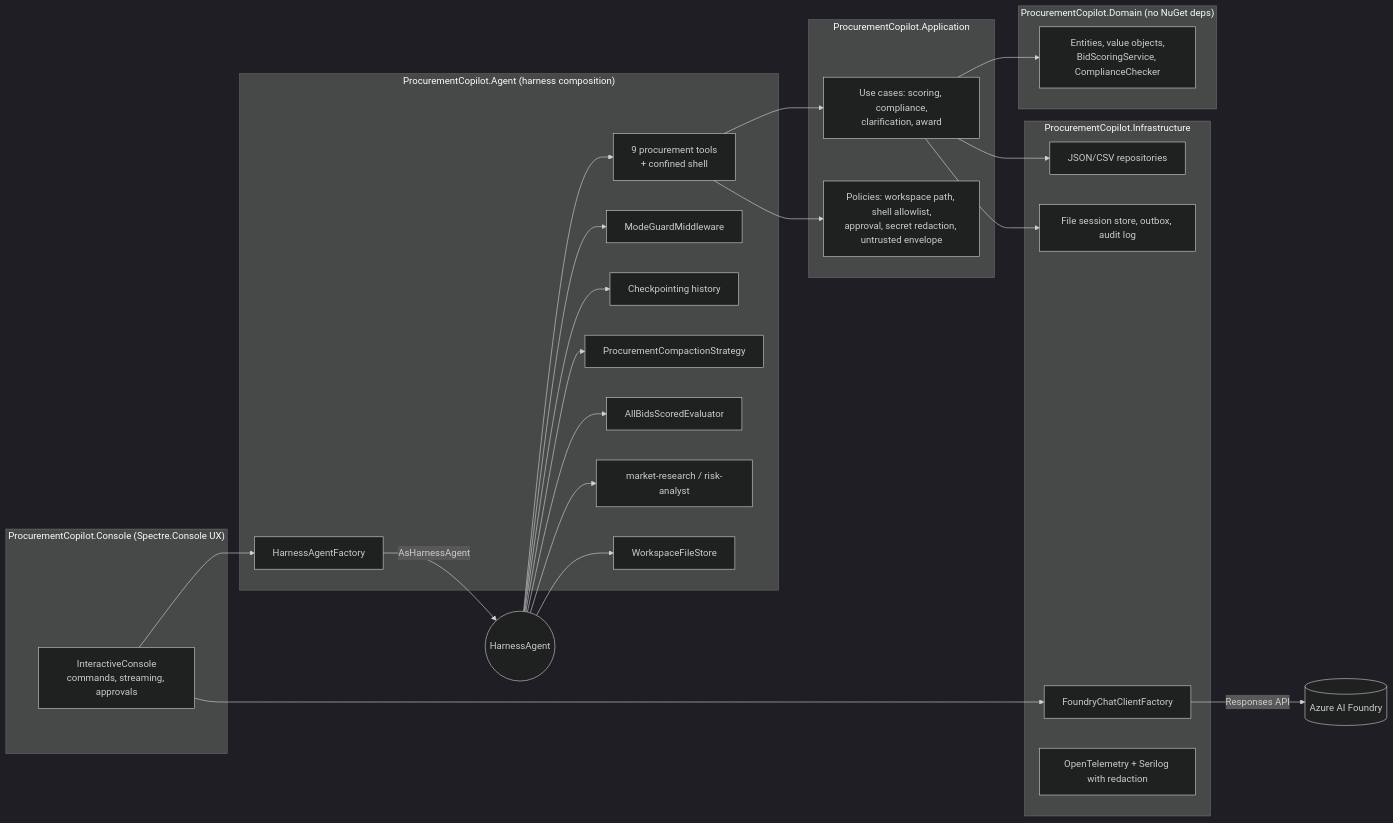
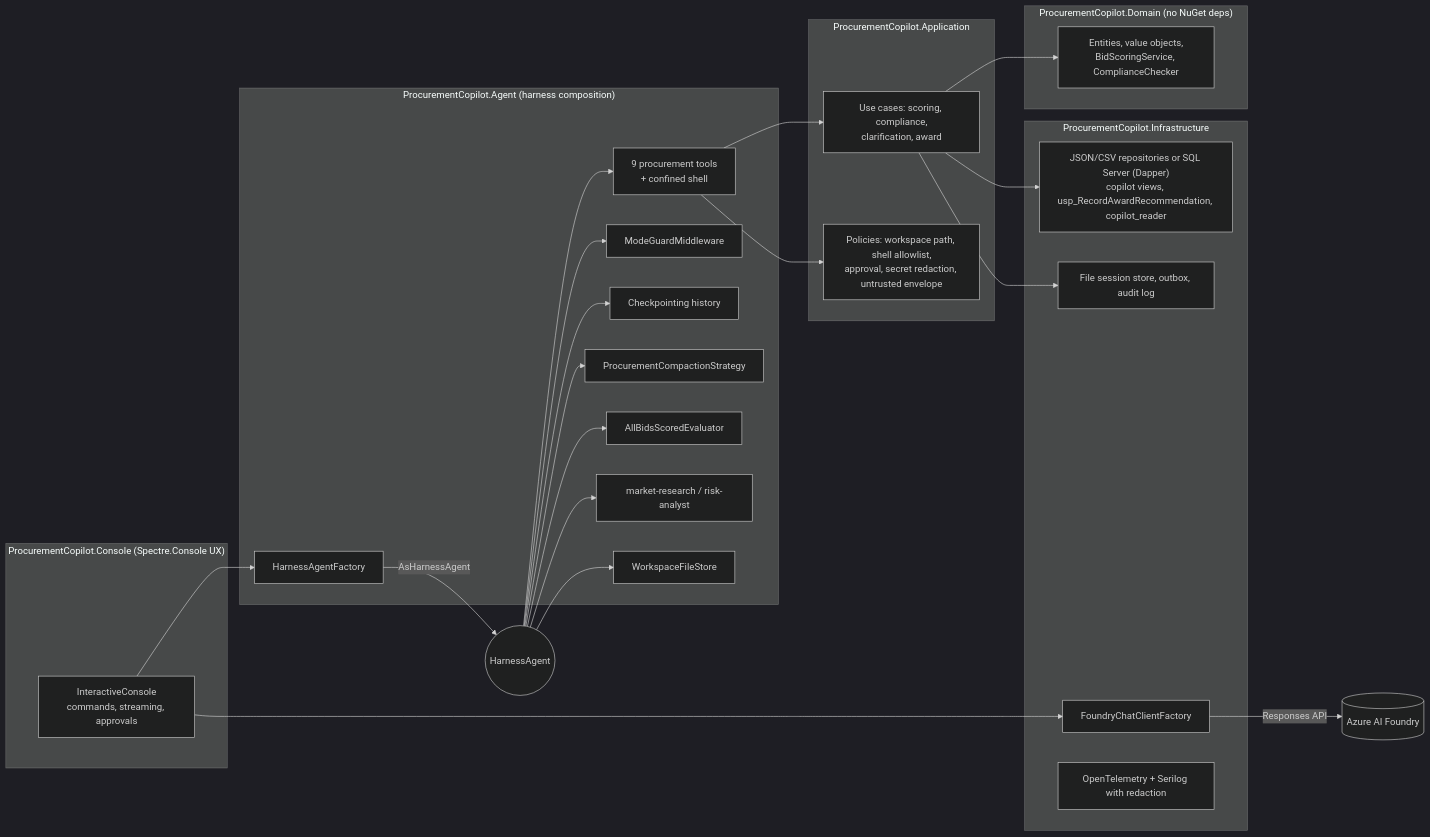
The diagram in README.md (shoebsd31/microsoft-agent-harness-demo), drawn with Mermaid (dark theme) before and after one commit. The commit also changed other lines of this file and 173 other files, not shown here.

First line of the commit message:
Add SQL Server backend, admin app, Terminal.Gui TUI and multi-instance sessions

````diff
--- a/README.md
+++ b/README.md
@@ -37,37 +43,37 @@
 ```mermaid
 flowchart LR
     subgraph Console["ProcurementCopilot.Console (Spectre.Console UX)"]
         UX["InteractiveConsole<br/>commands, streaming, approvals"]
     end
     subgraph Agent["ProcurementCopilot.Agent (harness composition)"]
         F["HarnessAgentFactory"]
         T["9 procurement tools<br/>+ confined shell"]
         MG["ModeGuardMiddleware"]
         CH["Checkpointing history"]
         CS["ProcurementCompactionStrategy"]
         LE["AllBidsScoredEvaluator"]
         BG["market-research / risk-analyst"]
         FS["WorkspaceFileStore"]
     end
     subgraph App["ProcurementCopilot.Application"]
         P["Policies: workspace path, shell allowlist,<br/>approval, secret redaction, untrusted envelope"]
         S["Use cases: scoring, compliance,<br/>clarification, award"]
     end
     subgraph Dom["ProcurementCopilot.Domain (no NuGet deps)"]
         D["Entities, value objects,<br/>BidScoringService, ComplianceChecker"]
     end
     subgraph Infra["ProcurementCopilot.Infrastructure"]
-        R["JSON/CSV repositories"]
+        R["JSON/CSV repositories or SQL Server (Dapper)<br/>copilot views, usp_RecordAwardRecommendation, copilot_reader"]
         SS["File session store, outbox, audit log"]
         FC["FoundryChatClientFactory"]
         OT["OpenTelemetry + Serilog with redaction"]
     end
     UX --> F
     F -->|AsHarnessAgent| H(("HarnessAgent"))
     H --> T & MG & CH & CS & LE & BG & FS
     T --> S --> D
     T --> P
     S --> R & SS
     UX --> FC
     FC -->|Responses API| Foundry[("Azure AI Foundry")]
 ```
````
